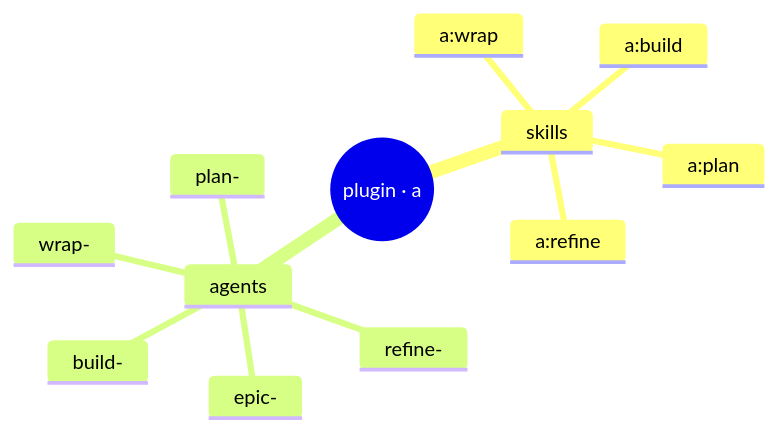
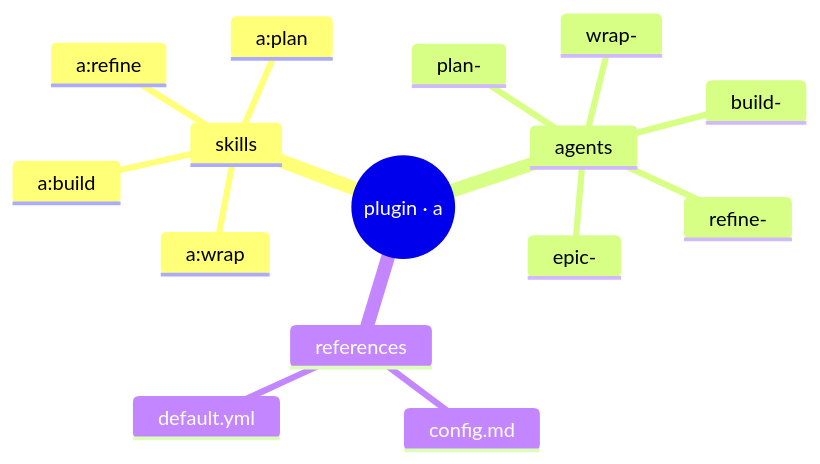
Before and after one commit to chafoo/anchored: the diagram in docs/plugin/_plugin.md, drawn with Mermaid. The commit also changed other lines of this file and 151 other files, not shown here.

````diff
--- a/docs/plugin/_plugin.md
+++ b/docs/plugin/_plugin.md
@@ -10,15 +10,18 @@
 ```mermaid
 mindmap
   root((plugin · a))
     skills
       a:plan
       a:refine
       a:build
       a:wrap
     agents
       plan-
       refine-
       build-
       wrap-
       epic-
+    references
+      config.md
+      default.yml
 ```
````
